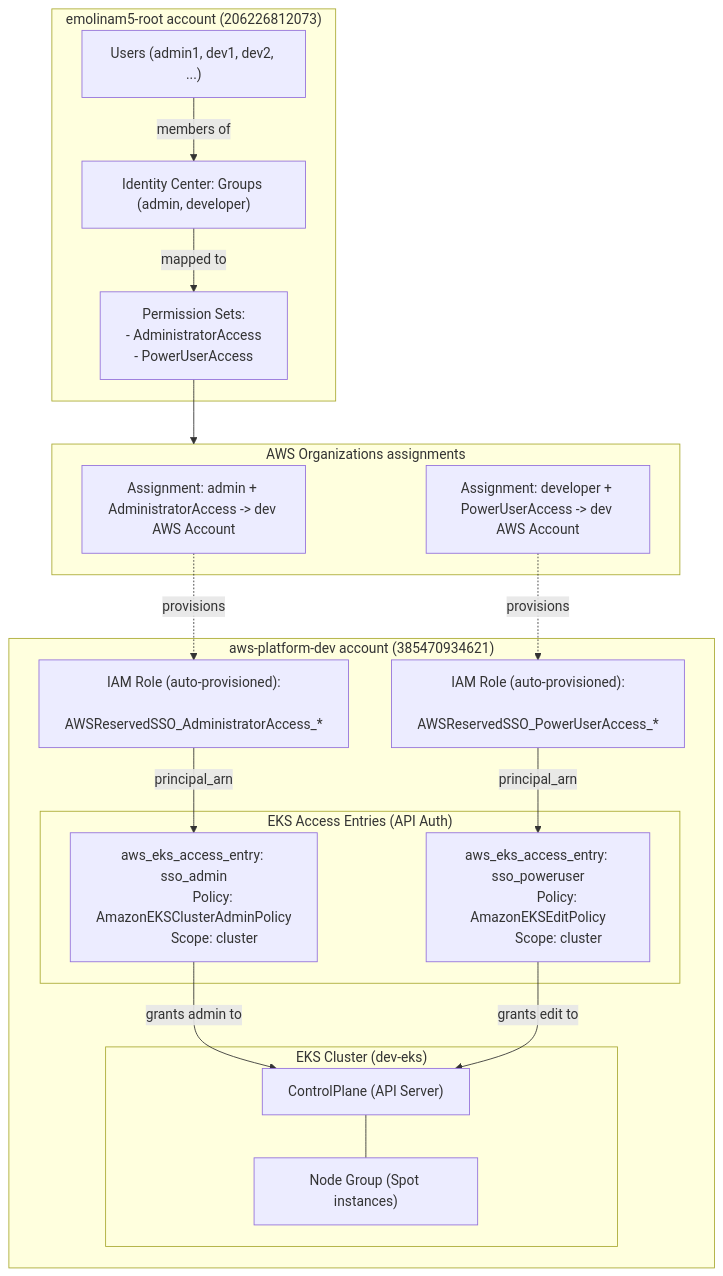
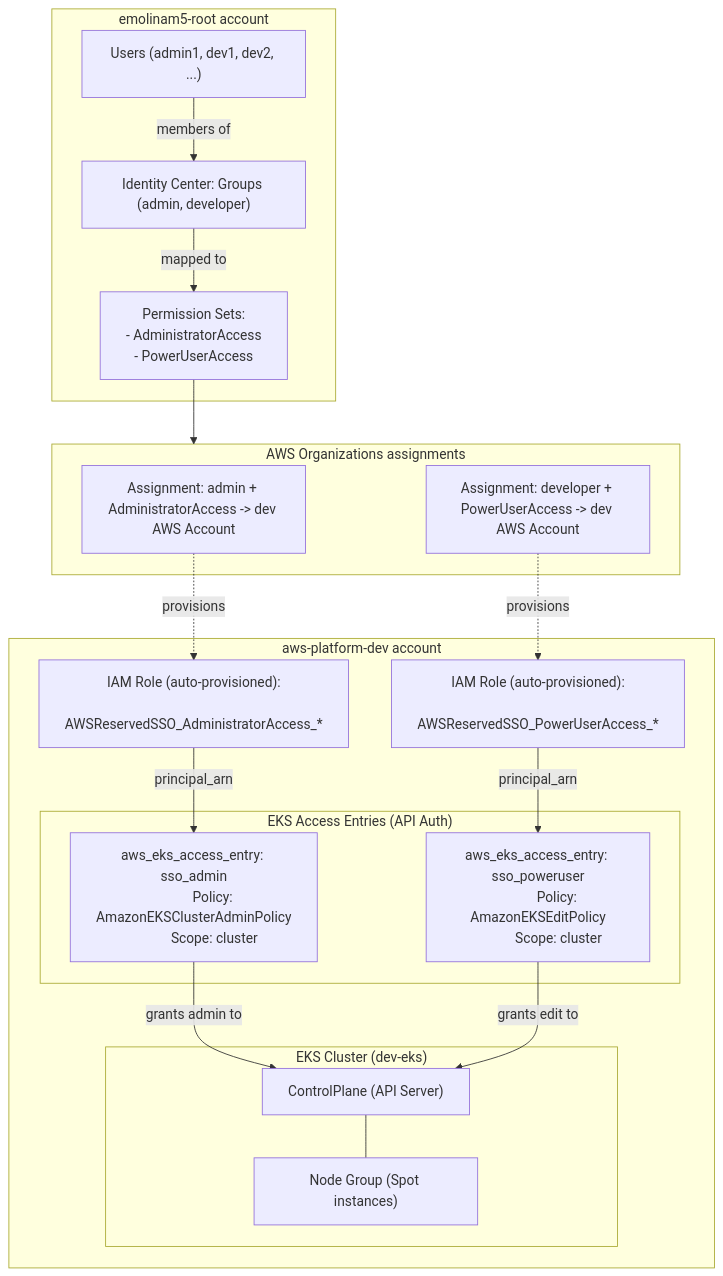
Before and after one commit to ericmolinam/aws-projects: the first of 2 diagrams in lab-aws-eks/README.md, drawn with Mermaid. The commit also changed other lines of this file, not shown here.

Commit message:
refactor: README

````diff
--- a/lab-aws-eks/README.md
+++ b/lab-aws-eks/README.md
@@ -8,50 +8,50 @@
 ```mermaid
 flowchart TD
-    subgraph Management_Account["emolinam5-root account (206226812073)"]
+    subgraph Management_Account["emolinam5-root account"]
         Users["Users (admin1, dev1, dev2, ...)"]
         Groups["Identity Center: Groups (admin, developer)"]
         PermSets["Permission Sets:
         - AdministratorAccess
         - PowerUserAccess"]
 
         Users -->|members of| Groups
         Groups -->|mapped to| PermSets
     end
 
     subgraph AWS_Organizations["AWS Organizations assignments"]
         AssignAdmin["Assignment: admin + AdministratorAccess -> dev AWS Account"]
         AssignDev["Assignment: developer + PowerUserAccess -> dev AWS Account"]
     end
 
-    subgraph Dev_Account["aws-platform-dev account (385470934621)"]
+    subgraph Dev_Account["aws-platform-dev account"]
         RoleAdmin["IAM Role (auto-provisioned):
         AWSReservedSSO_AdministratorAccess_*"]
         RoleDev["IAM Role (auto-provisioned):
         AWSReservedSSO_PowerUserAccess_*"]
 
         subgraph EKS_Access_Entries["EKS Access Entries (API Auth)"]
             EntryAdmin["aws_eks_access_entry: sso_admin
             Policy: AmazonEKSClusterAdminPolicy
             Scope: cluster"]
             EntryDev["aws_eks_access_entry: sso_poweruser
             Policy: AmazonEKSEditPolicy
             Scope: cluster"]
         end
 
         subgraph Cluster["EKS Cluster (dev-eks)"]
             ControlPlane["ControlPlane (API Server)"]
             NodeGroup["Node Group (Spot instances)"]
         end
     end
 
     PermSets --> AWS_Organizations
     AssignAdmin -.->|provisions| RoleAdmin
     AssignDev -.->|provisions| RoleDev
 
     RoleAdmin -->|principal_arn| EntryAdmin
     RoleDev -->|principal_arn| EntryDev
 
     EntryAdmin -->|grants admin to| ControlPlane
     EntryDev -->|grants edit to| ControlPlane
     ControlPlane --- NodeGroup
 ```
````
